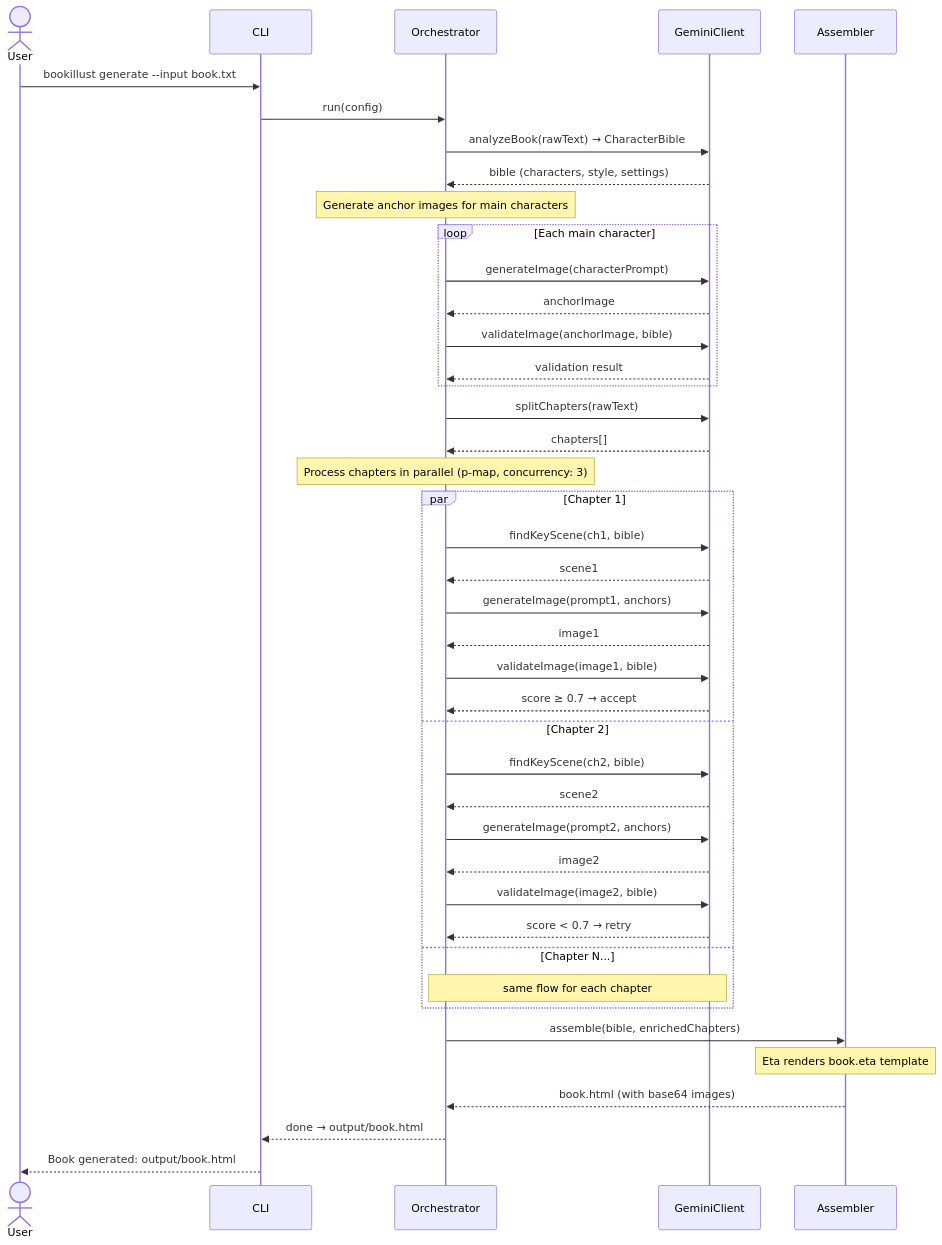
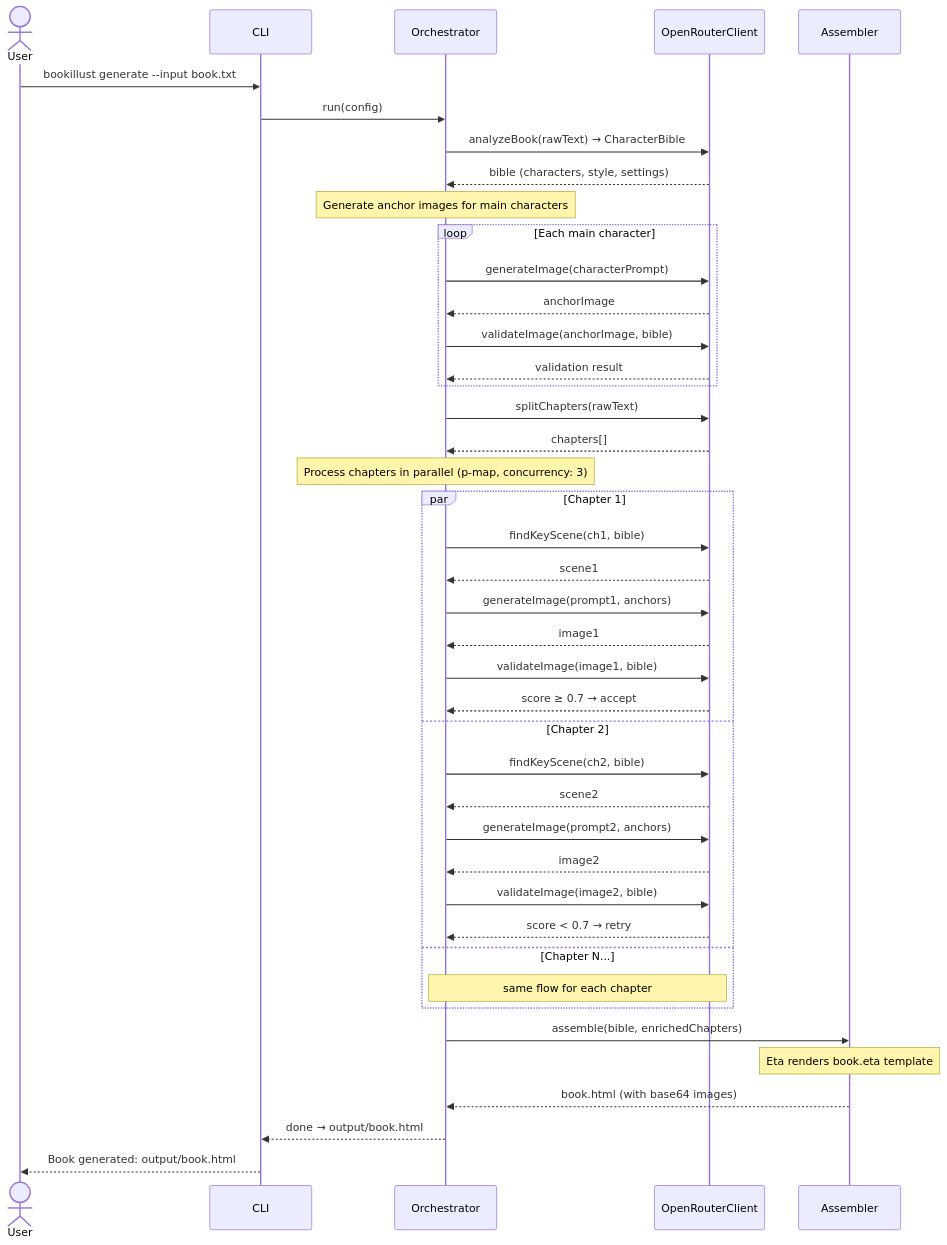
The fifth of 5 diagrams in docs/architecture.md (tormozz48/Illustrator), drawn with Mermaid before and after one commit. The commit also changed other lines of this file and 13 other files, not shown here.

First line of the commit message:
Replace Gemini SDK with OpenRouter adapter

````diff
--- a/docs/architecture.md
+++ b/docs/architecture.md
@@ -249,50 +247,50 @@
 ```mermaid
 sequenceDiagram
     actor User
     participant CLI
     participant Orch as Orchestrator
-    participant Gemini as GeminiClient
+    participant Client as OpenRouterClient
     participant Assembler
 
     User->>CLI: bookillust generate --input book.txt
     CLI->>Orch: run(config)
 
-    Orch->>Gemini: analyzeBook(rawText) → CharacterBible
-    Gemini-->>Orch: bible (characters, style, settings)
+    Orch->>Client: analyzeBook(rawText) → CharacterBible
+    Client-->>Orch: bible (characters, style, settings)
 
     Note over Orch: Generate anchor images for main characters
     loop Each main character
-        Orch->>Gemini: generateImage(characterPrompt)
-        Gemini-->>Orch: anchorImage
-        Orch->>Gemini: validateImage(anchorImage, bible)
-        Gemini-->>Orch: validation result
+        Orch->>Client: generateImage(characterPrompt)
+        Client-->>Orch: anchorImage
+        Orch->>Client: validateImage(anchorImage, bible)
+        Client-->>Orch: validation result
     end
 
-    Orch->>Gemini: splitChapters(rawText)
-    Gemini-->>Orch: chapters[]
+    Orch->>Client: splitChapters(rawText)
+    Client-->>Orch: chapters[]
 
     Note over Orch: Process chapters in parallel (p-map, concurrency: 3)
     par Chapter 1
-        Orch->>Gemini: findKeyScene(ch1, bible)
-        Gemini-->>Orch: scene1
-        Orch->>Gemini: generateImage(prompt1, anchors)
-        Gemini-->>Orch: image1
-        Orch->>Gemini: validateImage(image1, bible)
-        Gemini-->>Orch: score ≥ 0.7 → accept
+        Orch->>Client: findKeyScene(ch1, bible)
+        Client-->>Orch: scene1
+        Orch->>Client: generateImage(prompt1, anchors)
+        Client-->>Orch: image1
+        Orch->>Client: validateImage(image1, bible)
+        Client-->>Orch: score ≥ 0.7 → accept
     and Chapter 2
-        Orch->>Gemini: findKeyScene(ch2, bible)
-        Gemini-->>Orch: scene2
-        Orch->>Gemini: generateImage(prompt2, anchors)
-        Gemini-->>Orch: image2
-        Orch->>Gemini: validateImage(image2, bible)
-        Gemini-->>Orch: score < 0.7 → retry
+        Orch->>Client: findKeyScene(ch2, bible)
+        Client-->>Orch: scene2
+        Orch->>Client: generateImage(prompt2, anchors)
+        Client-->>Orch: image2
+        Orch->>Client: validateImage(image2, bible)
+        Client-->>Orch: score < 0.7 → retry
     and Chapter N...
-        Note over Orch,Gemini: same flow for each chapter
+        Note over Orch,Client: same flow for each chapter
     end
 
     Orch->>Assembler: assemble(bible, enrichedChapters)
     Note over Assembler: Eta renders book.eta template
     Assembler-->>Orch: book.html (with base64 images)
     Orch-->>CLI: done → output/book.html
     CLI-->>User: Book generated: output/book.html
 ```
````
